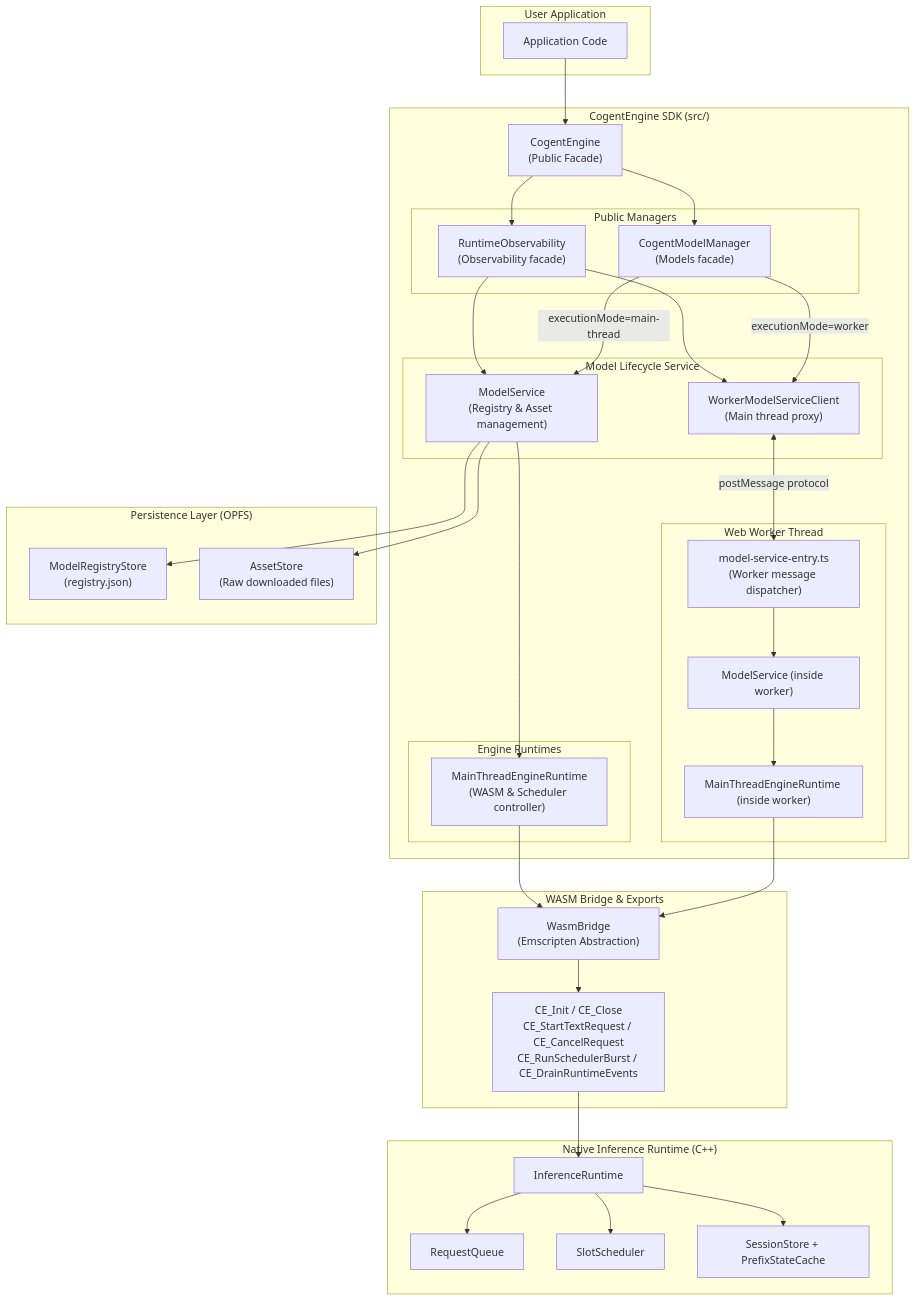
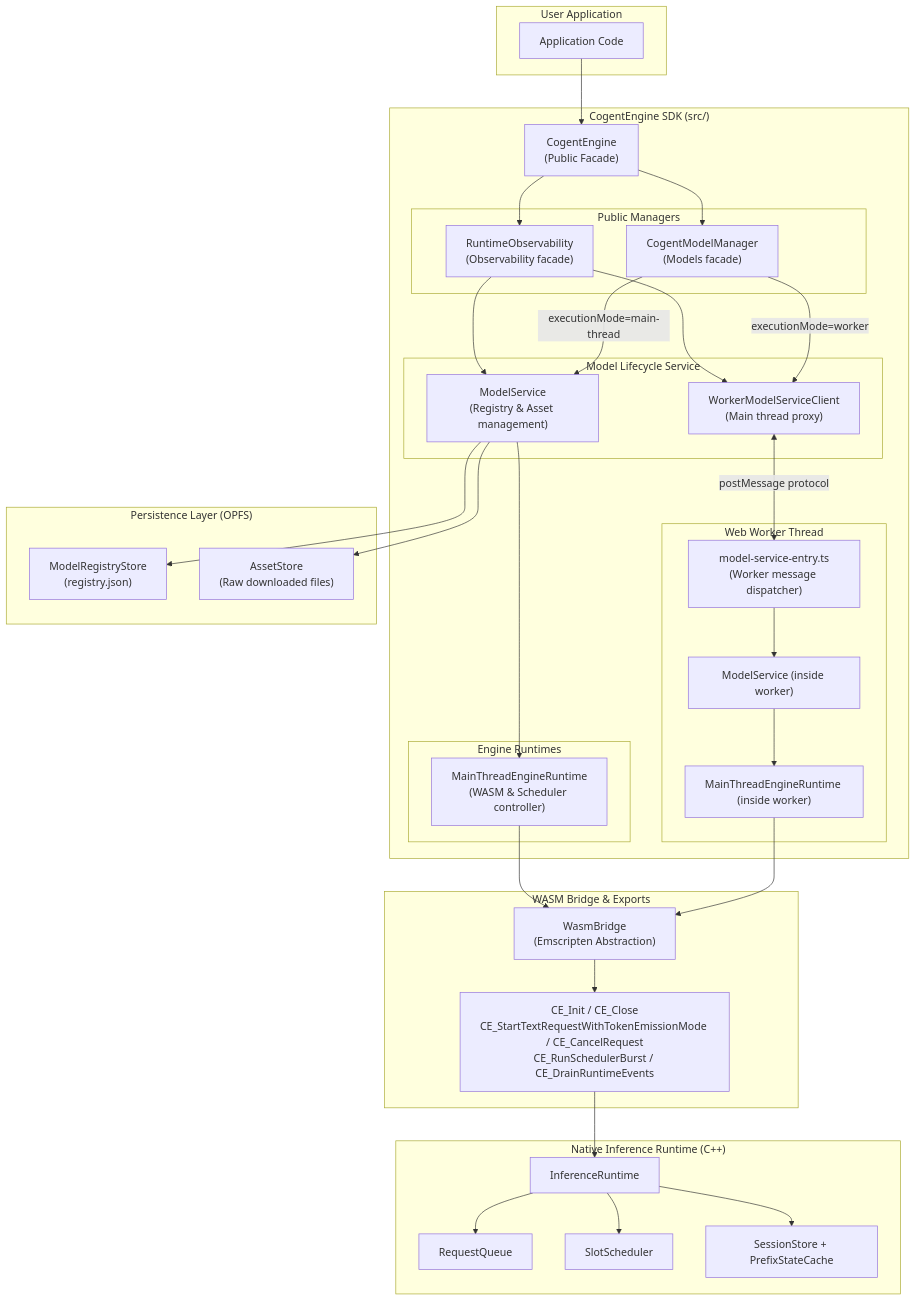
One commit to noumena-labs/Sipp changed the first of 6 diagrams in packages/cogent-engine/docs/inference_system_design.md. Above: the diagram before and after it, drawn with Mermaid. The commit also changed other lines of this file and 19 other files, not shown here.

````diff
--- a/packages/cogent-engine/docs/inference_system_design.md
+++ b/packages/cogent-engine/docs/inference_system_design.md
@@ -13,72 +13,72 @@
 ```mermaid
 graph TD
     subgraph UserSpace ["User Application"]
         App["Application Code"]
     end
 
     subgraph SDK ["CogentEngine SDK (src/)"]
         CE["CogentEngine<br/>(Public Facade)"]
         
         subgraph Managers ["Public Managers"]
             MM["CogentModelManager<br/>(Models facade)"]
             OM["RuntimeObservability<br/>(Observability facade)"]
         end
 
         subgraph ServiceLayer ["Model Lifecycle Service"]
             WorkerClient["WorkerModelServiceClient<br/>(Main thread proxy)"]
             Service["ModelService<br/>(Registry & Asset management)"]
         end
 
         subgraph CoreRuntimes ["Engine Runtimes"]
             MainRT["MainThreadEngineRuntime<br/>(WASM & Scheduler controller)"]
         end
 
         subgraph WorkerThread ["Web Worker Thread"]
             Entry["model-service-entry.ts<br/>(Worker message dispatcher)"]
             WorkerService["ModelService (inside worker)"]
             InnerMain["MainThreadEngineRuntime (inside worker)"]
         end
     end
 
     subgraph Persistence ["Persistence Layer (OPFS)"]
         Registry["ModelRegistryStore<br/>(registry.json)"]
         Assets["AssetStore<br/>(Raw downloaded files)"]
     end
 
     subgraph NativeBridge ["WASM Bridge & Exports"]
         Bridge["WasmBridge<br/>(Emscripten Abstraction)"]
-        WasmExports["CE_Init / CE_Close<br/>CE_StartTextRequest / CE_CancelRequest<br/>CE_RunSchedulerBurst / CE_DrainRuntimeEvents"]
+        WasmExports["CE_Init / CE_Close<br/>CE_StartTextRequestWithTokenEmissionMode / CE_CancelRequest<br/>CE_RunSchedulerBurst / CE_DrainRuntimeEvents"]
     end
 
     subgraph Native ["Native Inference Runtime (C++)"]
         IR["InferenceRuntime"]
         RQ["RequestQueue"]
         SlotSched["SlotScheduler"]
         Session["SessionStore + PrefixStateCache"]
     end
 
     App --> CE
     CE --> MM
     CE --> OM
     MM --> |executionMode=worker| WorkerClient
     MM --> |executionMode=main-thread| Service
     OM --> WorkerClient
     OM --> Service
 
     WorkerClient <--> |"postMessage protocol"| Entry
     Entry --> WorkerService
     WorkerService --> InnerMain
     
     Service --> Registry
     Service --> Assets
     Service --> MainRT
 
     InnerMain --> Bridge
     MainRT --> Bridge
     Bridge --> WasmExports
 
     WasmExports --> IR
     IR --> RQ
     IR --> SlotSched
     IR --> Session
 ```
````
